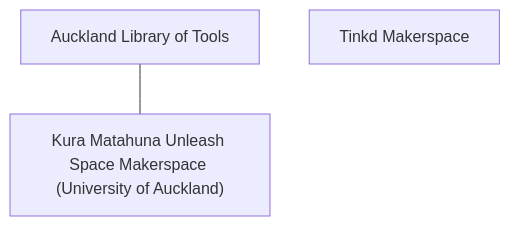
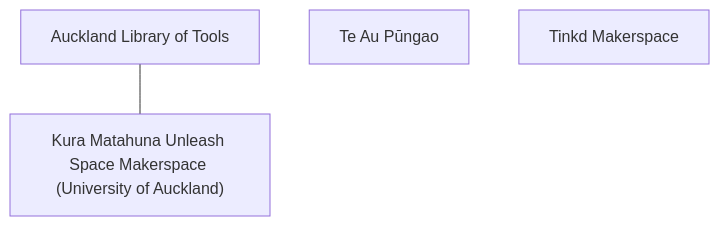
One commit to olitreadwell/nz-tech-for-good changed diagram 11 of 24 in GUIDE.md. Above: the diagram before and after it, drawn with Mermaid. The commit also changed other lines of this file and 3 other files, not shown here.

````diff
--- a/GUIDE.md
+++ b/GUIDE.md
@@ -278,7 +278,8 @@
 ```mermaid
 flowchart TD
     n_AucklandLibraryofTools["Auckland Library of Tools"]
     n_KuraMatahunaUnleashSpace["Kura Matahuna Unleash Space Makerspace (University of Auckland)"]
+    n_TeAuPngao["Te Au Pūngao"]
     n_TinkdMakerspace["Tinkd Makerspace"]
     n_AucklandLibraryofTools --- n_KuraMatahunaUnleashSpace
 ```
````
